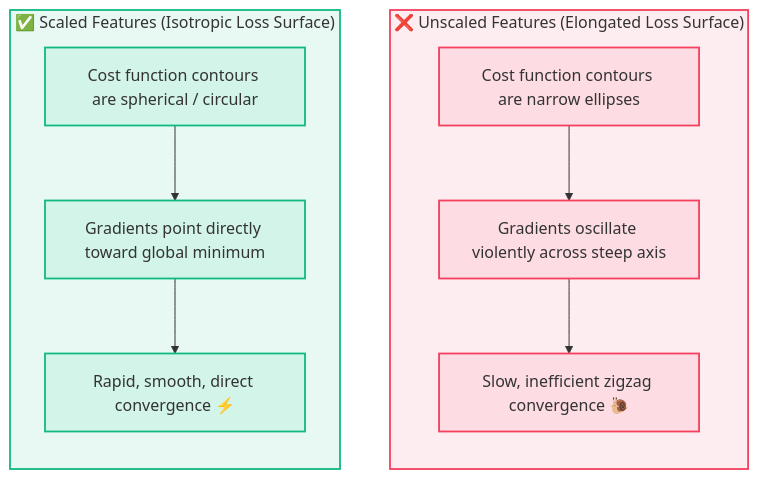
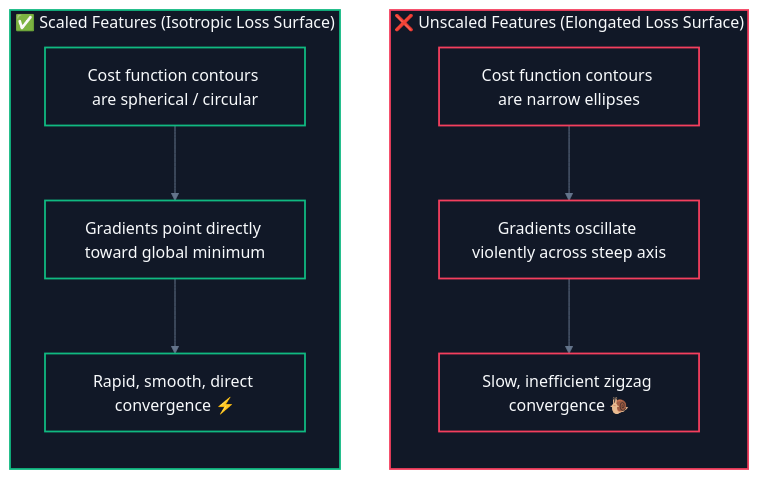
Before and after one commit to abhinavbharti2345/CS_Notes: the first of 2 diagrams in CS/AI & ML/02. Data Preprocessing/04. Feature Scaling.md, drawn with Mermaid. The commit also changed other lines of this file and 195 other files, not shown here.

````diff
--- a/CS/AI & ML/02. Data Preprocessing/04. Feature Scaling.md
+++ b/CS/AI & ML/02. Data Preprocessing/04. Feature Scaling.md
@@ -64,20 +64,21 @@
 ```mermaid
+%%{init: {'theme': 'base', 'themeVariables': { 'darkMode': true, 'background': '#0B0F14', 'mainBkg': '#111827', 'primaryColor': '#111827', 'primaryTextColor': '#F8FAFC', 'primaryBorderColor': '#38BDF8', 'lineColor': '#64748B', 'secondaryColor': '#0B0F14', 'tertiaryColor': '#0B0F14', 'clusterBkg': '#0B0F14', 'clusterBorder': '#38BDF8' }}}%%
 flowchart TD
     subgraph Unscaled["❌ Unscaled Features (Elongated Loss Surface)"]
         direction TB
         U1["Cost function contours are narrow ellipses"] --> U2["Gradients oscillate violently across steep axis"]
         U2 --> U3["Slow, inefficient zigzag convergence 🐌"]
     end
 
     subgraph Scaled["✅ Scaled Features (Isotropic Loss Surface)"]
         direction TB
         S1["Cost function contours are spherical / circular"] --> S2["Gradients point directly toward global minimum"]
         S2 --> S3["Rapid, smooth, direct convergence ⚡"]
     end
 
-    classDef unscaled fill:#f43f5e18,stroke:#f43f5e,stroke-width:1.8px;
-    classDef scaled fill:#10b98118,stroke:#10b981,stroke-width:1.8px;
+    classDef unscaled fill:#111827,stroke:#f43f5e,stroke-width:1.8px,color:#F8FAFC;
+    classDef scaled fill:#111827,stroke:#10b981,stroke-width:1.8px,color:#F8FAFC;
 
     class Unscaled,U1,U2,U3 unscaled;
     class Scaled,S1,S2,S3 scaled;
 ```
````
